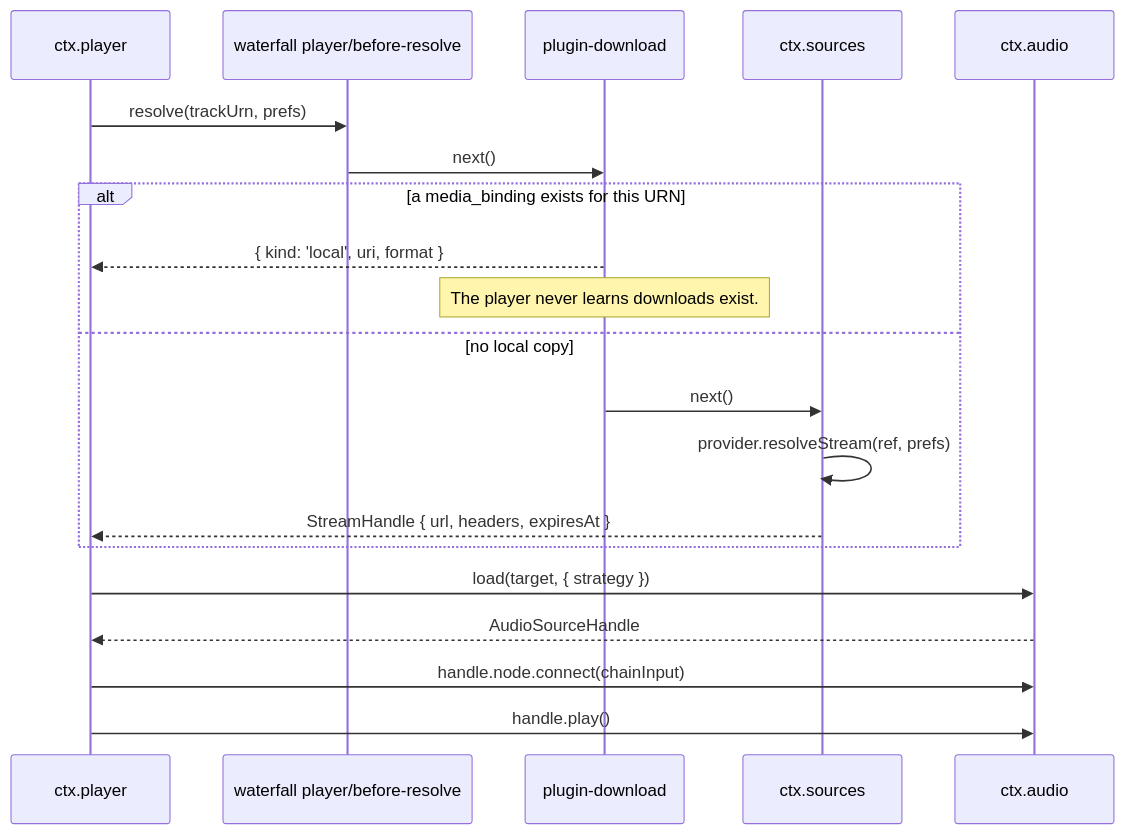
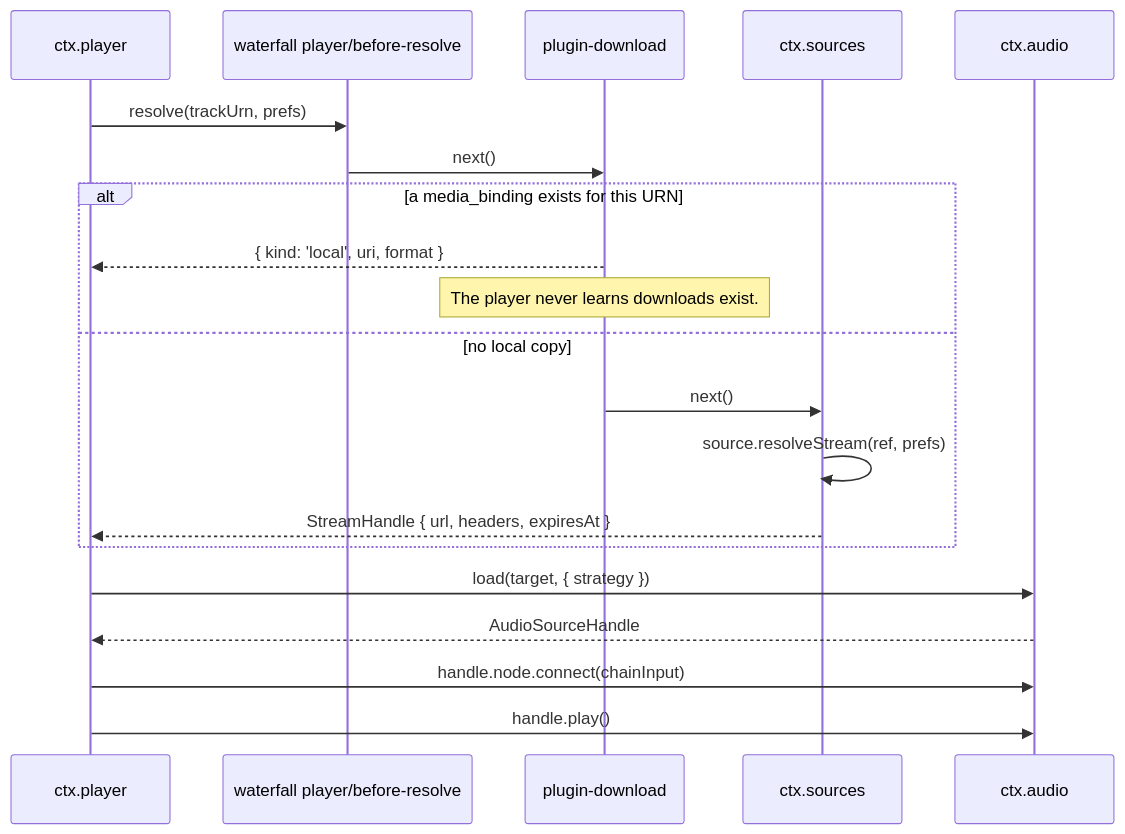
Before and after one commit to BBeBeeX/B_Be_Bee_X: the fourth of 4 diagrams in docs/05-audio-playback.md, drawn with Mermaid. The commit also changed other lines of this file and 11 other files, not shown here.

First line of the commit message:
Refine M1 roadmap and documentation for music sources

````diff
--- a/docs/05-audio-playback.md
+++ b/docs/05-audio-playback.md
@@ -193,23 +193,23 @@
 ```mermaid
 sequenceDiagram
     participant Q as ctx.player
     participant W as waterfall player/before-resolve
     participant DL as plugin-download
     participant SRC as ctx.sources
     participant A as ctx.audio
 
     Q->>W: resolve(trackUrn, prefs)
     W->>DL: next()
     alt a media_binding exists for this URN
         DL-->>Q: { kind: 'local', uri, format }
         Note over DL: The player never learns downloads exist.
     else no local copy
         DL->>SRC: next()
-        SRC->>SRC: provider.resolveStream(ref, prefs)
+        SRC->>SRC: source.resolveStream(ref, prefs)
         SRC-->>Q: StreamHandle { url, headers, expiresAt }
     end
     Q->>A: load(target, { strategy })
     A-->>Q: AudioSourceHandle
     Q->>A: handle.node.connect(chainInput)
     Q->>A: handle.play()
 ```
````
